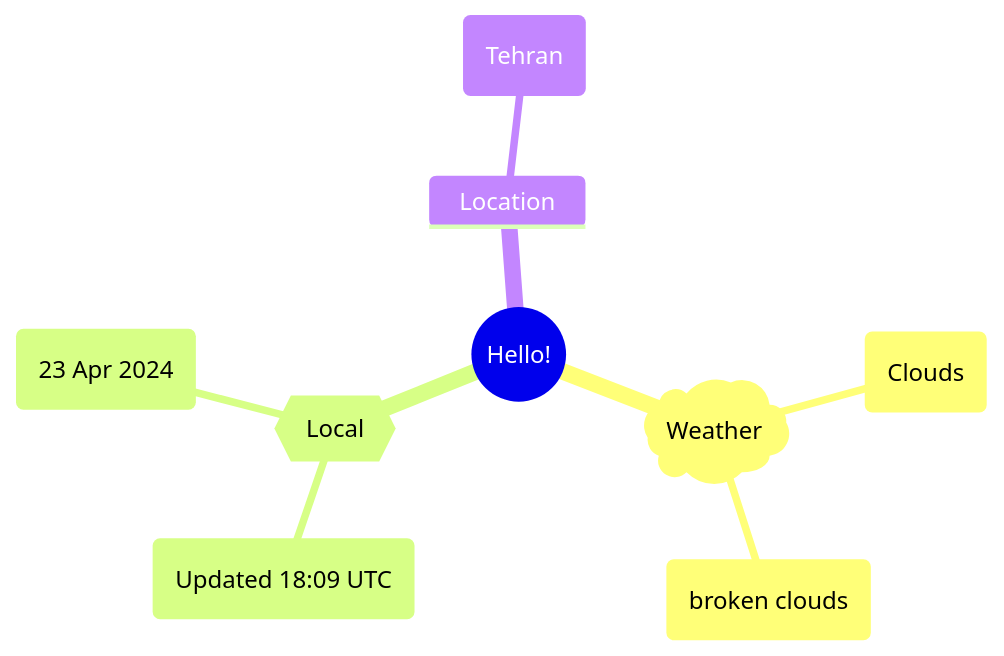
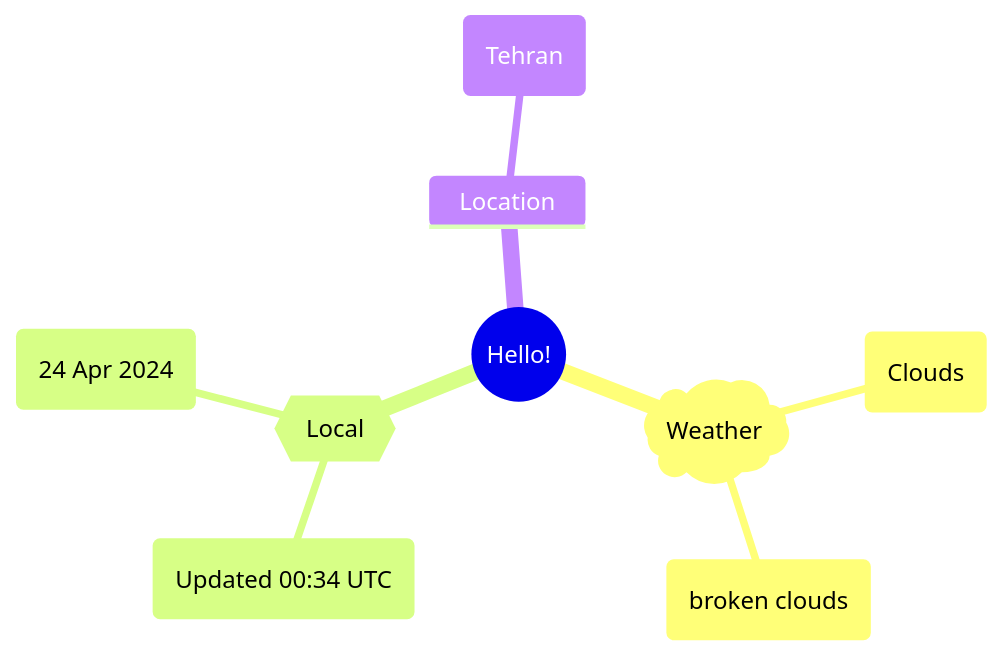
One commit to Xosrov/Xosrov changed the first of 2 diagrams in README.md. Above: the diagram before and after it, drawn with Mermaid.

Commit message:
[bot] updated images

````diff
--- a/README.md
+++ b/README.md
@@ -3,12 +3,12 @@
 ```mermaid
 mindmap
   root((Hello!))
     )Weather(
         (Clouds)
         (broken clouds)
     {{Local}}
-        (Updated 18:09 UTC)
-        (23 Apr 2024)
+        (Updated 00:34 UTC)
+        (24 Apr 2024)
     Location
         (Tehran)
 ```
````
